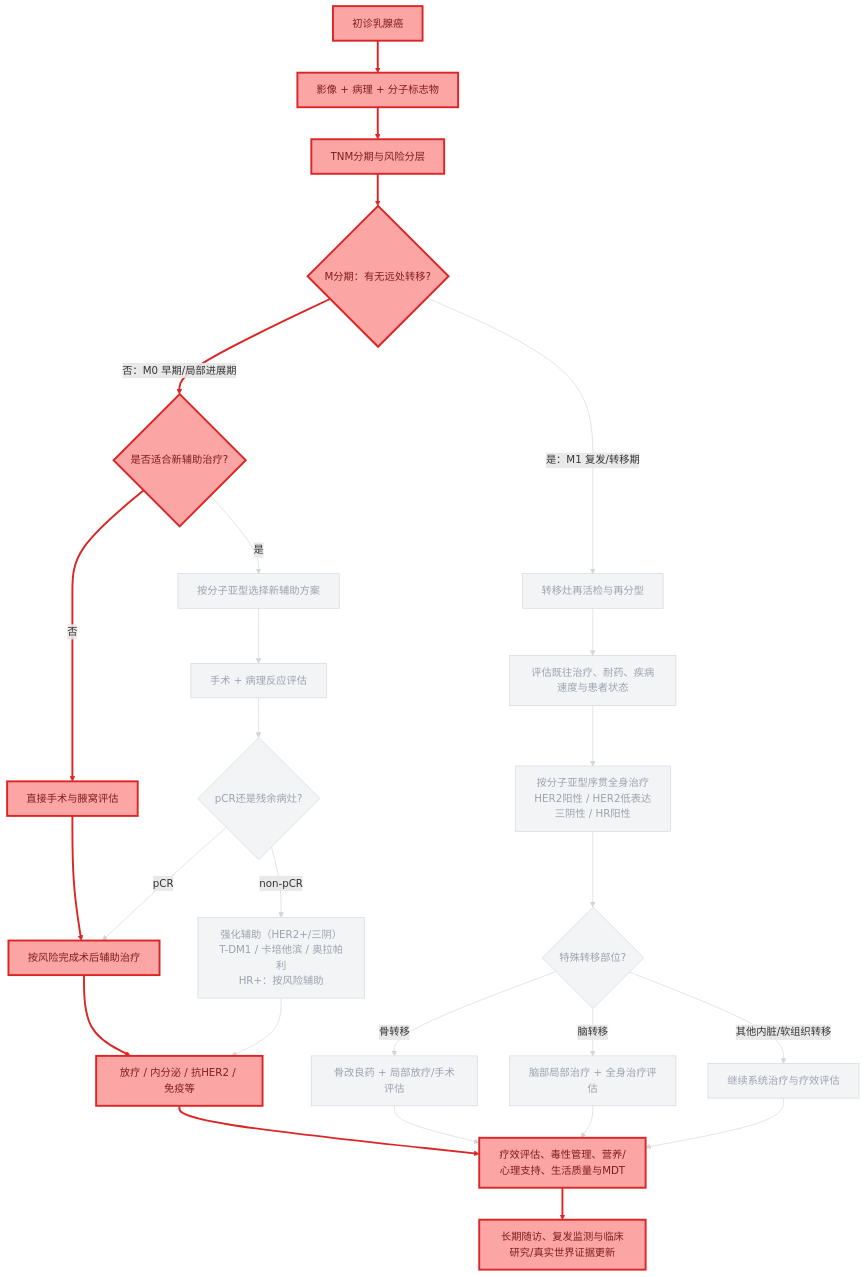
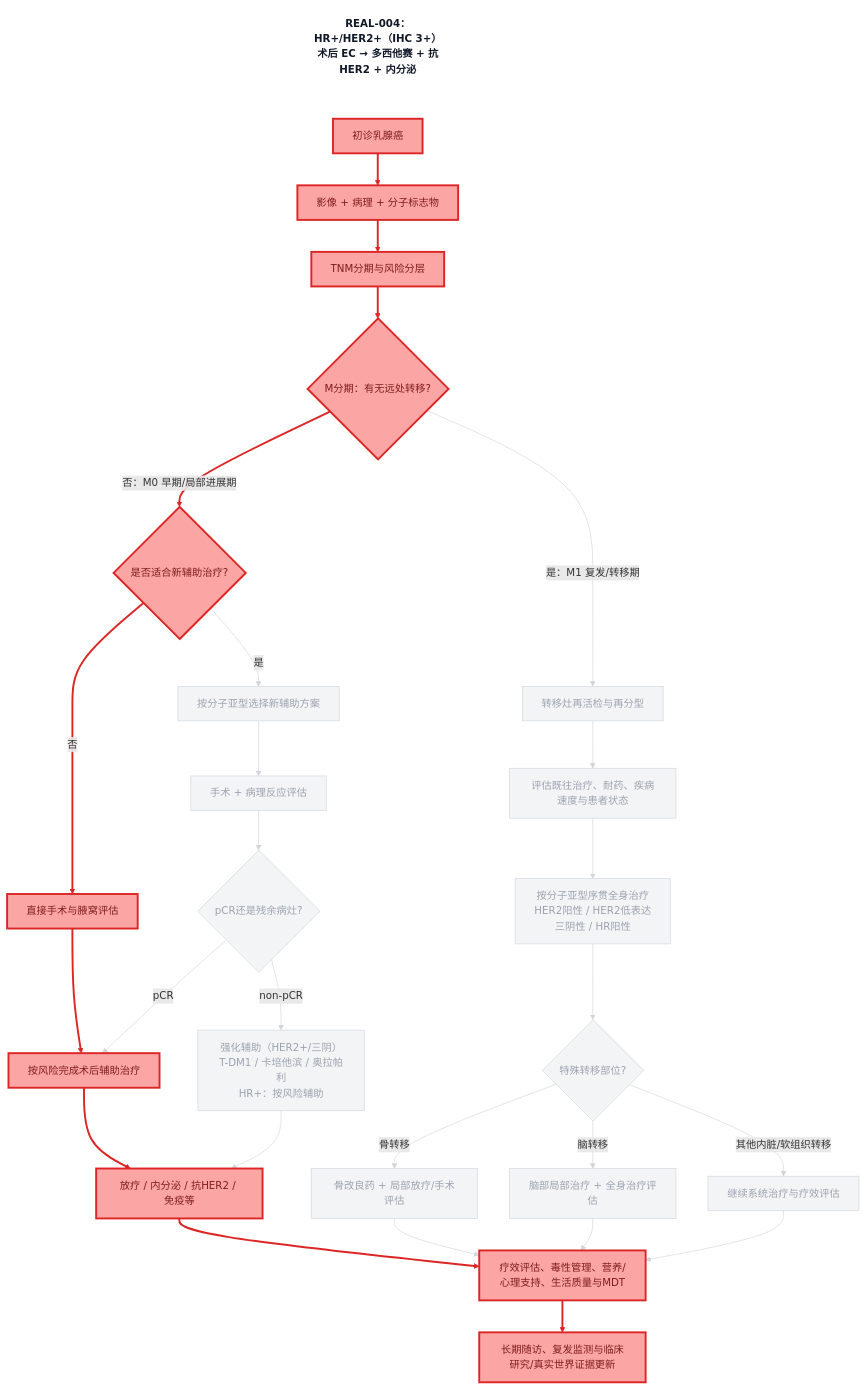
Before and after one commit to dongjb741280/breast-cancer: the diagram in diagrams/decision-chain-REAL-004.mmd, drawn with Mermaid. The commit also changed 21 other files, not shown here.

First line of the commit message:
Add decision-chain skill and regenerate annotated REAL diagrams

```diff
--- a/diagrams/decision-chain-REAL-004.mmd
+++ b/diagrams/decision-chain-REAL-004.mmd
@@ -1,96 +1,99 @@
-%% 乳腺癌诊疗决策链（高亮病例实际路径）
 graph TD
+    TITLE["REAL-004：HR+/HER2+（IHC 3+）<br/>术后 EC → 多西他赛 + 抗HER2 + 内分泌"]
     A[初诊乳腺癌]
     B[影像 + 病理 + 分子标志物]
     C[TNM分期与风险分层]
     D{M分期：有无远处转移?}
     E{是否适合新辅助治疗?}
     F[按分子亚型选择新辅助方案]
     G[直接手术与腋窝评估]
     H[手术 + 病理反应评估]
     I{pCR还是残余病灶?}
     J[按风险完成术后辅助治疗]
     K[强化辅助（HER2+/三阴）<br/>T-DM1 / 卡培他滨 / 奥拉帕利<br/>HR+：按风险辅助]
     L[放疗 / 内分泌 / 抗HER2 / 免疫等]
     M[转移灶再活检与再分型]
     N[评估既往治疗、耐药、疾病速度与患者状态]
     O[按分子亚型序贯全身治疗<br/>HER2阳性 / HER2低表达<br/>三阴性 / HR阳性]
     P{特殊转移部位?}
     Q[骨改良药 + 局部放疗/手术评估]
     R[脑部局部治疗 + 全身治疗评估]
     S[继续系统治疗与疗效评估]
     T[疗效评估、毒性管理、营养/心理支持、生活质量与MDT]
     U[长期随访、复发监测与临床研究/真实世界证据更新]
     A --> B
     B --> C
     C --> D
     D -->|否：M0 早期/局部进展期| E
     E -->|是| F
     E -->|否| G
     F --> H
     G --> J
     H --> I
     I -->|pCR| J
     I -->|non-pCR| K
     J --> L
     K --> L
     D -->|是：M1 复发/转移期| M
     M --> N
     N --> O
     O --> P
     P -->|骨转移| Q
     P -->|脑转移| R
     P -->|其他内脏/软组织转移| S
     L --> T
     Q --> T
     R --> T
     S --> T
     T --> U
+    TITLE ~~~ A
     classDef path fill:#fca5a5,stroke:#dc2626,color:#7f1d1d,stroke-width:3px;
     classDef dim fill:#f3f4f6,stroke:#d1d5db,color:#9ca3af,stroke-width:1px;
+    classDef caption fill:#fff,stroke:none,color:#111827,font-weight:bold;
+    class TITLE caption;
     class A path;
     class B path;
     class C path;
     class D path;
     class E path;
     class F dim;
     class G path;
     class H dim;
     class I dim;
     class J path;
     class K dim;
     class L path;
     class M dim;
     class N dim;
     class O dim;
     class P dim;
     class Q dim;
     class R dim;
     class S dim;
     class T path;
     class U path;
     linkStyle 0 stroke:#dc2626,stroke-width:3px;
     linkStyle 1 stroke:#dc2626,stroke-width:3px;
     linkStyle 2 stroke:#dc2626,stroke-width:3px;
     linkStyle 3 stroke:#dc2626,stroke-width:3px;
     linkStyle 4 stroke:#d1d5db,stroke-width:1px;
     linkStyle 5 stroke:#dc2626,stroke-width:3px;
     linkStyle 6 stroke:#d1d5db,stroke-width:1px;
     linkStyle 7 stroke:#dc2626,stroke-width:3px;
     linkStyle 8 stroke:#d1d5db,stroke-width:1px;
     linkStyle 9 stroke:#d1d5db,stroke-width:1px;
     linkStyle 10 stroke:#d1d5db,stroke-width:1px;
     linkStyle 11 stroke:#dc2626,stroke-width:3px;
     linkStyle 12 stroke:#d1d5db,stroke-width:1px;
     linkStyle 13 stroke:#d1d5db,stroke-width:1px;
     linkStyle 14 stroke:#d1d5db,stroke-width:1px;
     linkStyle 15 stroke:#d1d5db,stroke-width:1px;
     linkStyle 16 stroke:#d1d5db,stroke-width:1px;
     linkStyle 17 stroke:#d1d5db,stroke-width:1px;
     linkStyle 18 stroke:#d1d5db,stroke-width:1px;
     linkStyle 19 stroke:#d1d5db,stroke-width:1px;
     linkStyle 20 stroke:#dc2626,stroke-width:3px;
     linkStyle 21 stroke:#d1d5db,stroke-width:1px;
     linkStyle 22 stroke:#d1d5db,stroke-width:1px;
     linkStyle 23 stroke:#d1d5db,stroke-width:1px;
     linkStyle 24 stroke:#dc2626,stroke-width:3px;
```
